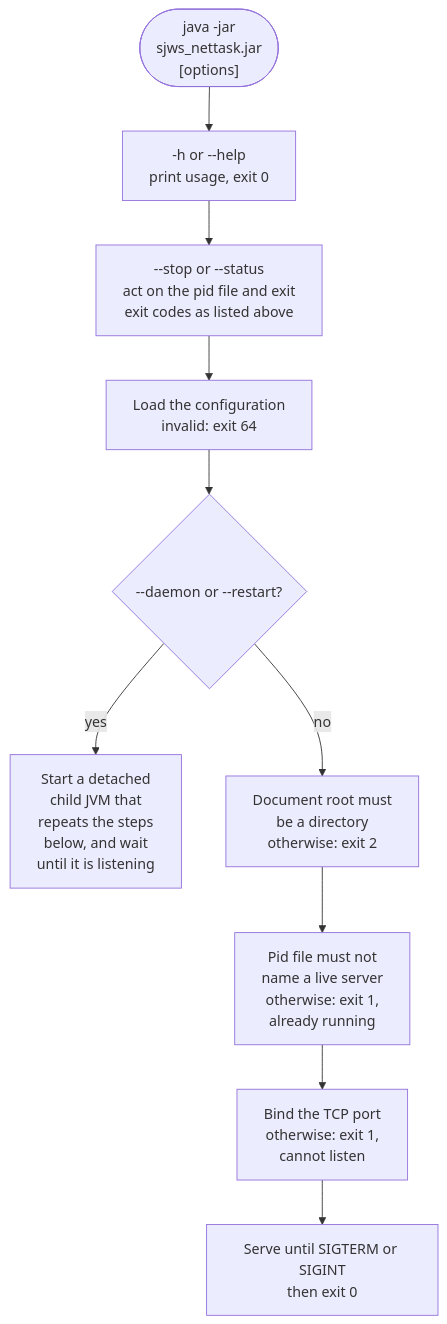
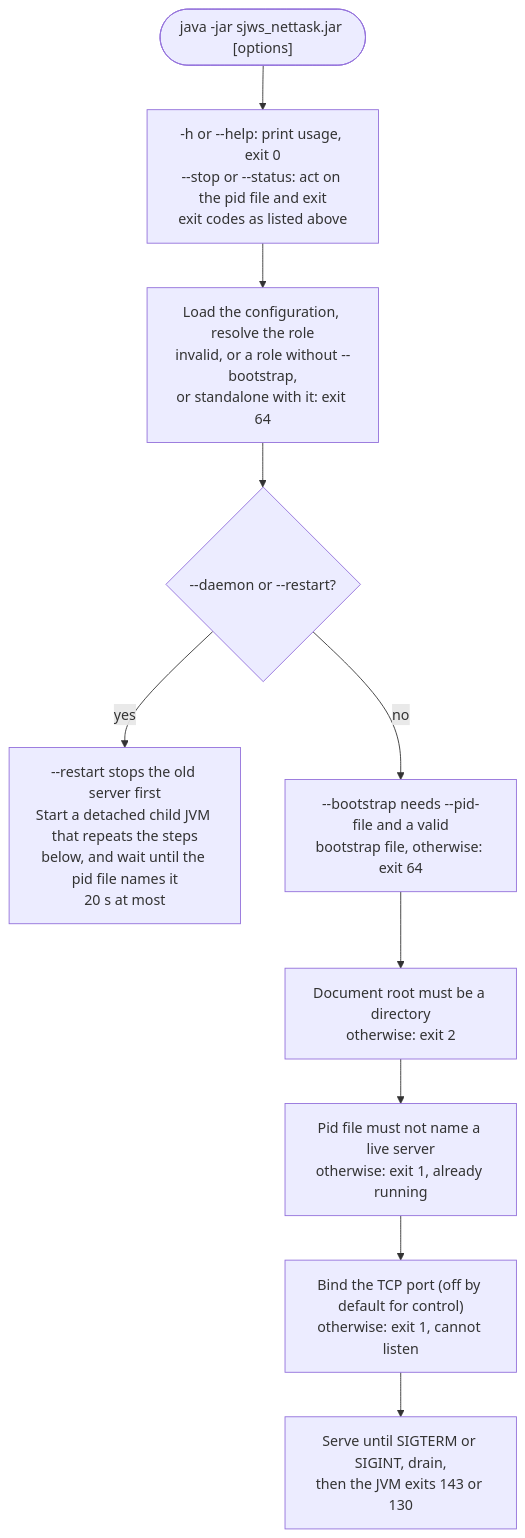
The diagram in docs/user/command-line.md (BlivionIaG/sjws_nettask), drawn with Mermaid before and after one commit. The commit also changed other lines of this file and 14 other files, not shown here.

````diff
--- a/docs/user/command-line.md
+++ b/docs/user/command-line.md
@@ -59,12 +60,12 @@
 ```mermaid
 flowchart TD
-    s(["java -jar<br/>sjws_nettask.jar<br/>[options]"]) --> a["-h or --help<br/>print usage, exit 0"]
-    a --> b["--stop or --status<br/>act on the pid file and exit<br/>exit codes as listed above"]
-    b --> c["Load the configuration<br/>invalid: exit 64"]
+    s(["java -jar sjws_nettask.jar [options]"]) --> a["-h or --help: print usage, exit 0<br/>--stop or --status: act on the pid file and exit<br/>exit codes as listed above"]
+    a --> c["Load the configuration, resolve the role<br/>invalid, or a role without --bootstrap,<br/>or standalone with it: exit 64"]
     c --> d{"--daemon or --restart?"}
-    d -->|yes| e["Start a detached<br/>child JVM that<br/>repeats the steps<br/>below, and wait<br/>until it is listening"]
-    d -->|no| f["Document root must<br/>be a directory<br/>otherwise: exit 2"]
-    f --> g["Pid file must not<br/>name a live server<br/>otherwise: exit 1,<br/>already running"]
-    g --> h["Bind the TCP port<br/>otherwise: exit 1,<br/>cannot listen"]
-    h --> i["Serve until SIGTERM or SIGINT<br/>then exit 0"]
+    d -->|yes| e["--restart stops the old server first<br/>Start a detached child JVM that repeats the steps<br/>below, and wait until the pid file names it<br/>20 s at most"]
+    d -->|no| bs["--bootstrap needs --pid-file and a valid<br/>bootstrap file, otherwise: exit 64"]
+    bs --> f["Document root must be a directory<br/>otherwise: exit 2"]
+    f --> g["Pid file must not name a live server<br/>otherwise: exit 1, already running"]
+    g --> h["Bind the TCP port (off by default for control)<br/>otherwise: exit 1, cannot listen"]
+    h --> i["Serve until SIGTERM or SIGINT, drain,<br/>then the JVM exits 143 or 130"]
 ```
````
